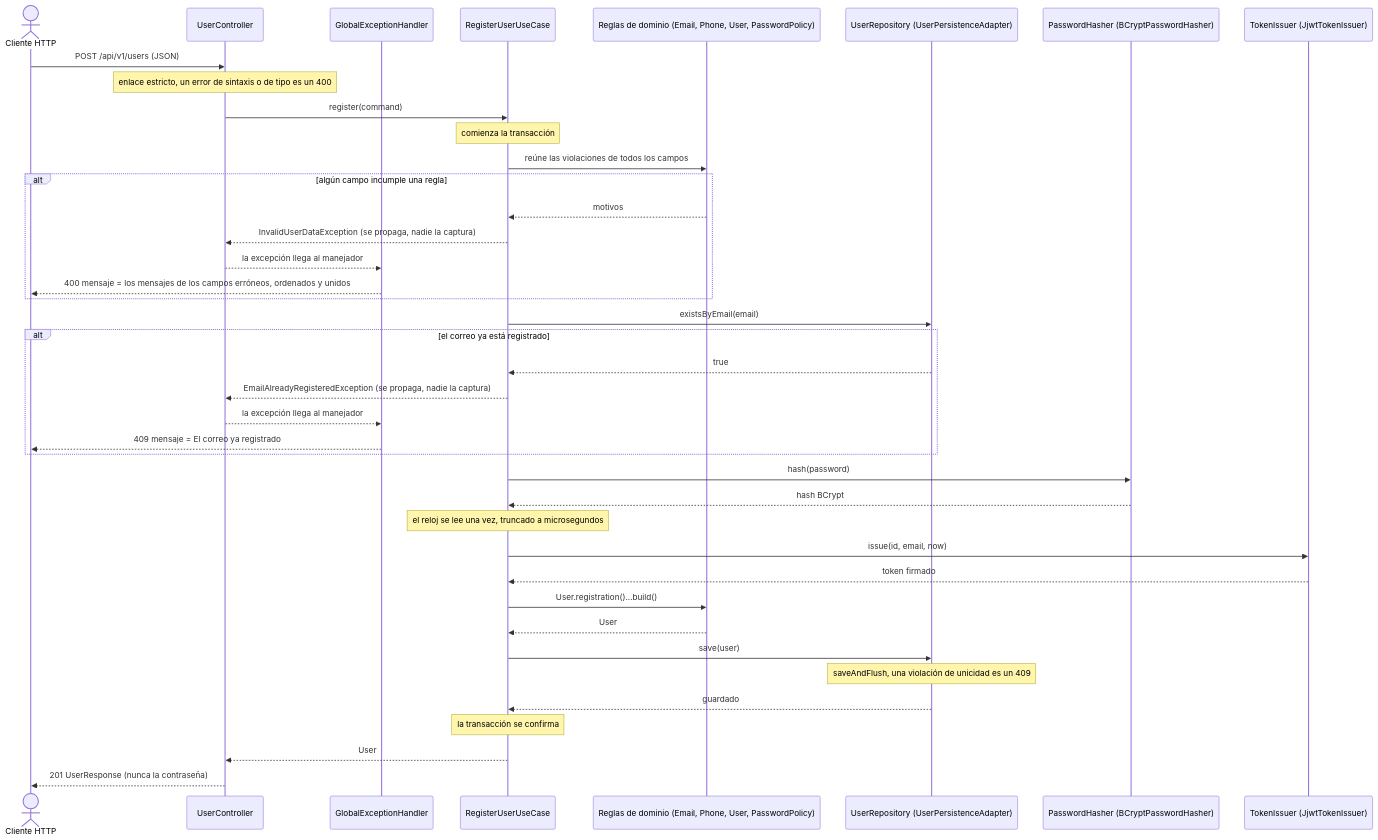
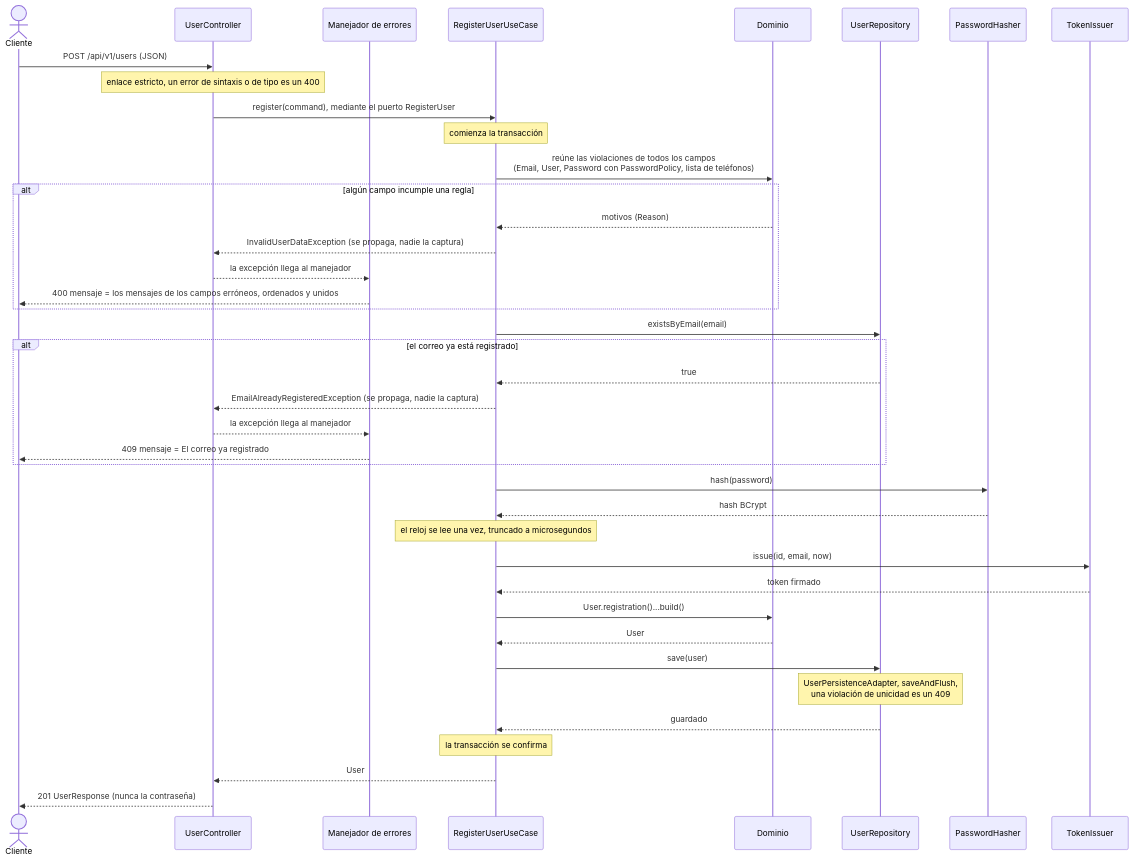
One commit to gussvill/registro-usuarios-api changed the diagram in docs/diagrams/registration-sequence.mmd. Above: the diagram before and after it, drawn with Mermaid. The commit also changed 5 other files, not shown here.

Commit message:
docs: align the README, decision records and diagrams with the code

```diff
--- a/docs/diagrams/registration-sequence.mmd
+++ b/docs/diagrams/registration-sequence.mmd
@@ -1,41 +1,41 @@
 sequenceDiagram
-  actor C as Cliente HTTP
+  actor C as Cliente
   participant W as UserController
-  participant E as GlobalExceptionHandler
+  participant E as Manejador de errores
   participant U as RegisterUserUseCase
-  participant D as Reglas de dominio (Email, Phone, User, PasswordPolicy)
-  participant R as UserRepository (UserPersistenceAdapter)
-  participant H as PasswordHasher (BCryptPasswordHasher)
-  participant T as TokenIssuer (JjwtTokenIssuer)
+  participant D as Dominio
+  participant R as UserRepository
+  participant H as PasswordHasher
+  participant T as TokenIssuer
 
   C->>W: POST /api/v1/users (JSON)
   Note over W: enlace estricto, un error de sintaxis o de tipo es un 400
-  W->>U: register(command)
+  W->>U: register(command), mediante el puerto RegisterUser
   Note over U: comienza la transacción
-  U->>D: reúne las violaciones de todos los campos
+  U->>D: reúne las violaciones de todos los campos<br/>(Email, User, Password con PasswordPolicy, lista de teléfonos)
   alt algún campo incumple una regla
-    D-->>U: motivos
+    D-->>U: motivos (Reason)
     U-->>W: InvalidUserDataException (se propaga, nadie la captura)
     W-->>E: la excepción llega al manejador
     E-->>C: 400 mensaje = los mensajes de los campos erróneos, ordenados y unidos
   end
   U->>R: existsByEmail(email)
   alt el correo ya está registrado
     R-->>U: true
     U-->>W: EmailAlreadyRegisteredException (se propaga, nadie la captura)
     W-->>E: la excepción llega al manejador
     E-->>C: 409 mensaje = El correo ya registrado
   end
   U->>H: hash(password)
   H-->>U: hash BCrypt
   Note over U: el reloj se lee una vez, truncado a microsegundos
   U->>T: issue(id, email, now)
   T-->>U: token firmado
   U->>D: User.registration()...build()
   D-->>U: User
   U->>R: save(user)
-  Note over R: saveAndFlush, una violación de unicidad es un 409
+  Note over R: UserPersistenceAdapter, saveAndFlush,<br/>una violación de unicidad es un 409
   R-->>U: guardado
   Note over U: la transacción se confirma
   U-->>W: User
   W-->>C: 201 UserResponse (nunca la contraseña)
```
